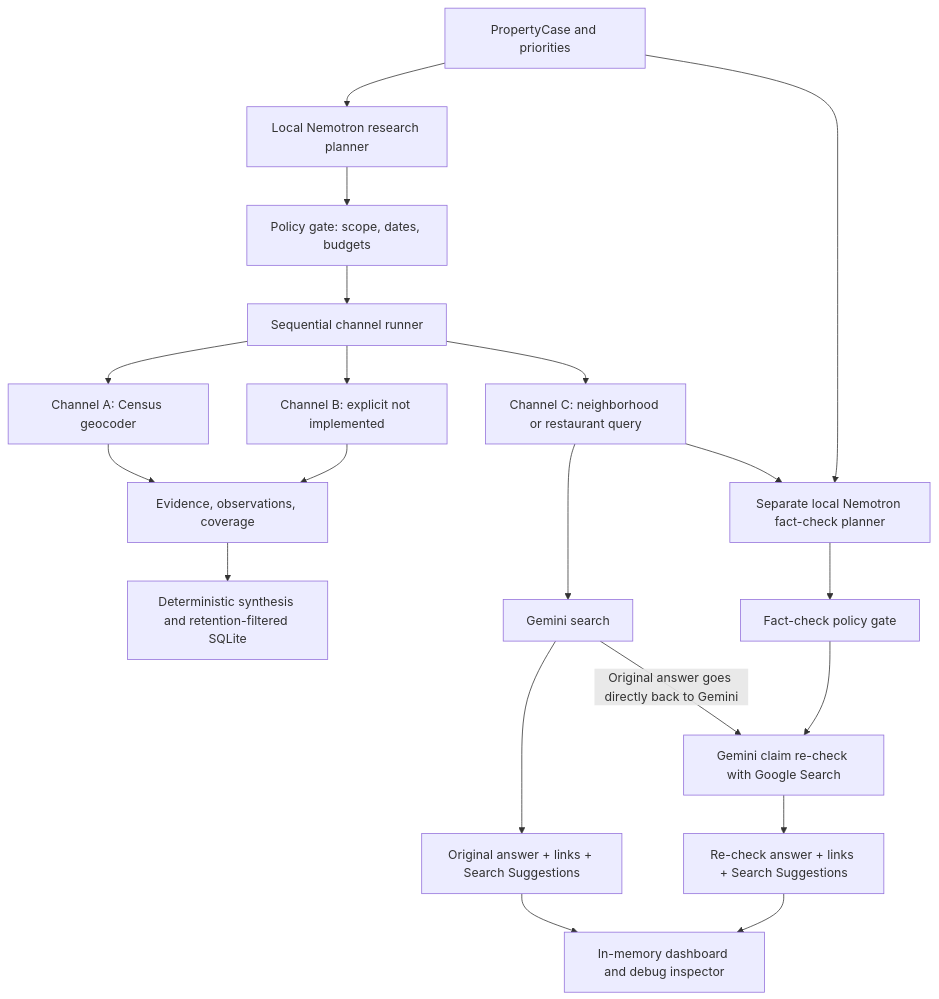
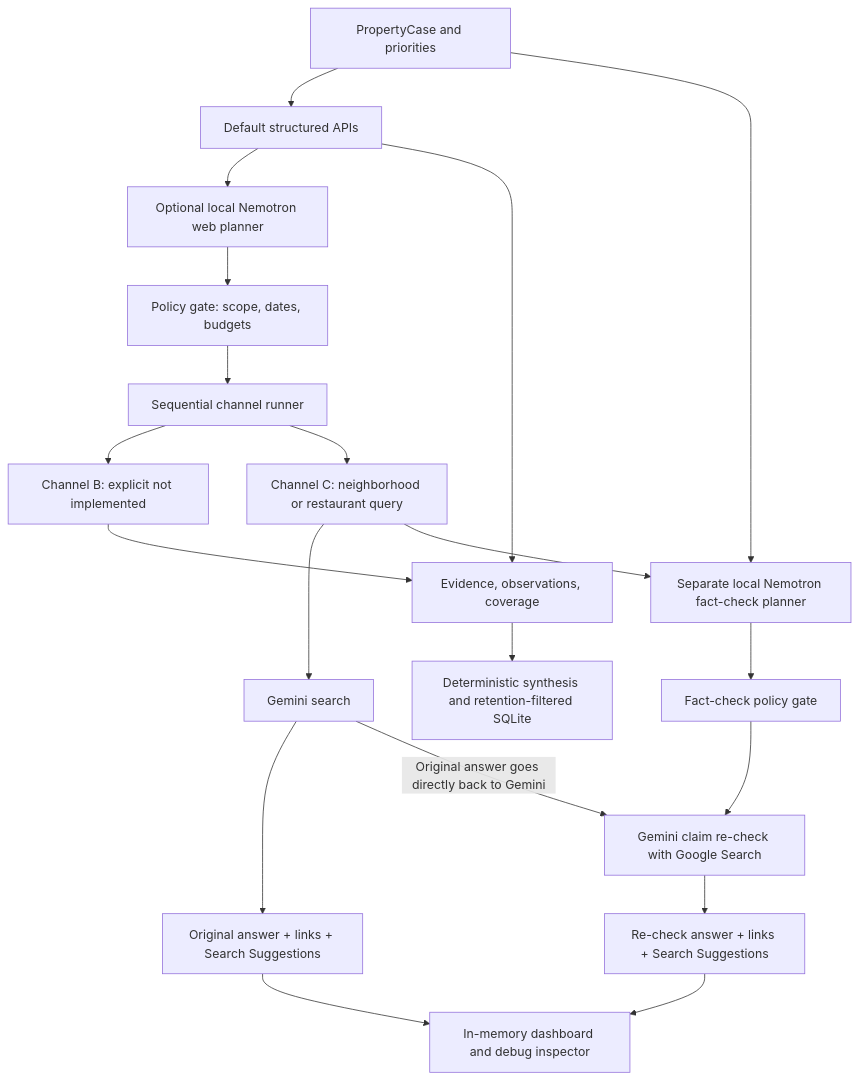
The diagram in docs/architecture.md (Lucas-Granucci/surreal-estate), drawn with Mermaid before and after one commit. The commit also changed other lines of this file and 24 other files, not shown here.

Commit message:
Add property dashboard and default structured research sources

````diff
--- a/docs/architecture.md
+++ b/docs/architecture.md
@@ -51,22 +51,22 @@
 ```mermaid
 flowchart TD
-    C[PropertyCase and priorities] --> P[Local Nemotron research planner]
+    C[PropertyCase and priorities] --> A[Default structured APIs]
+    A --> P[Optional local Nemotron web planner]
     P --> G[Policy gate: scope, dates, budgets]
     G --> R[Sequential channel runner]
-    R --> A[Channel A: Census geocoder]
     R --> B[Channel B: explicit not implemented]
     R --> W[Channel C: neighborhood or restaurant query]
     W --> GS[Gemini search]
     GS --> D[Original answer + links + Search Suggestions]
     C --> FC[Separate local Nemotron fact-check planner]
     W --> FC
     FC --> FG[Fact-check policy gate]
     FG --> GC[Gemini claim re-check with Google Search]
     GS -->|Original answer goes directly back to Gemini| GC
     GC --> CD[Re-check answer + links + Search Suggestions]
     A --> O[Evidence, observations, coverage]
     B --> O
     O --> S[Deterministic synthesis and retention-filtered SQLite]
     D --> UI[In-memory dashboard and debug inspector]
     CD --> UI
 ```
````
